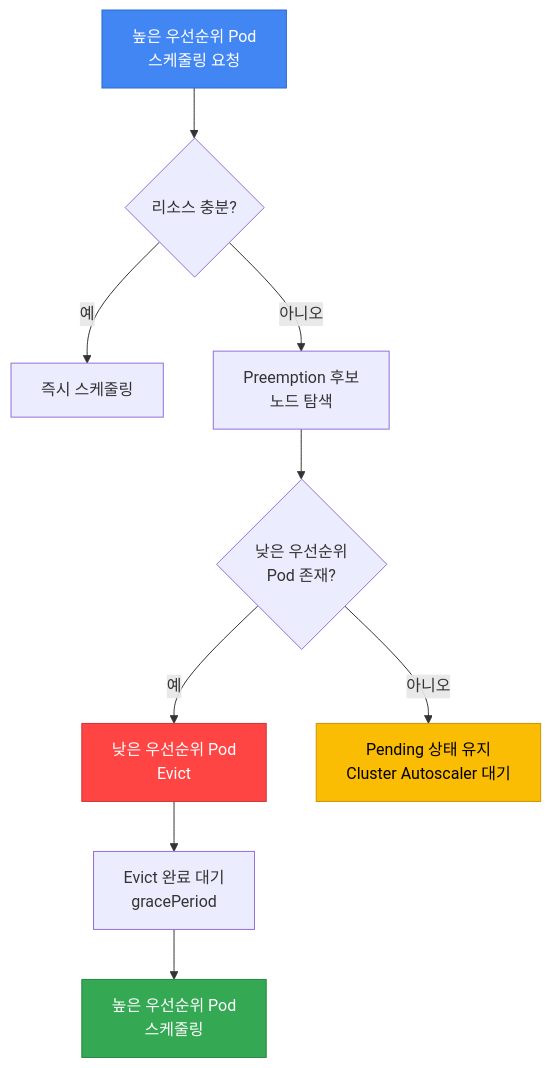
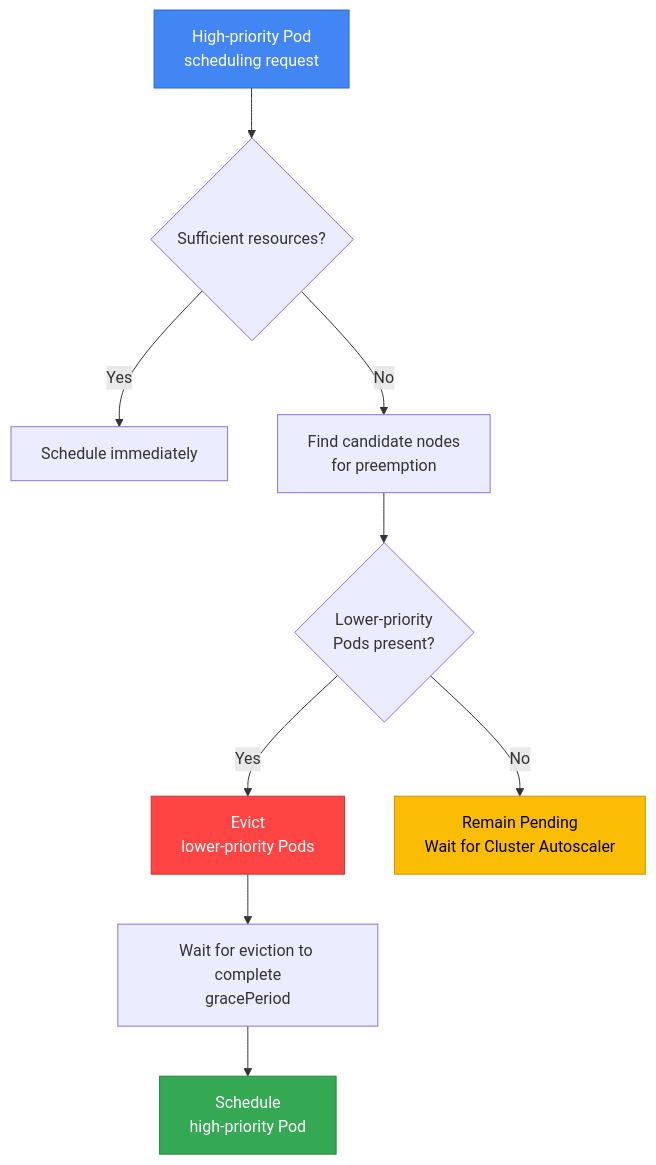
The third of 12 diagrams in docs/eks-best-practices/operations-reliability/eks-pod-scheduling-availability.md (devfloor9/engineering-playbook), drawn with Mermaid before and after one commit. The commit also changed other lines of this file and 954 other files, not shown here.

````diff
--- a/docs/eks-best-practices/operations-reliability/eks-pod-scheduling-availability.md
+++ b/docs/eks-best-practices/operations-reliability/eks-pod-scheduling-availability.md
@@ -2096,26 +2099,26 @@
 ```mermaid
 flowchart TB
-    START[높은 우선순위 Pod<br/>스케줄링 요청]
-    CHECK{리소스 충분?}
-    SCHEDULE[즉시 스케줄링]
-    FIND[Preemption 후보<br/>노드 탐색]
-    CANDIDATE{낮은 우선순위<br/>Pod 존재?}
-    EVICT[낮은 우선순위 Pod<br/>Evict]
-    WAIT[Evict 완료 대기<br/>gracePeriod]
-    BIND[높은 우선순위 Pod<br/>스케줄링]
-    PENDING[Pending 상태 유지<br/>Cluster Autoscaler 대기]
+    START[High-priority Pod<br/>scheduling request]
+    CHECK{Sufficient resources?}
+    SCHEDULE[Schedule immediately]
+    FIND[Find candidate nodes<br/>for preemption]
+    CANDIDATE{Lower-priority<br/>Pods present?}
+    EVICT[Evict<br/>lower-priority Pods]
+    WAIT[Wait for eviction to complete<br/>gracePeriod]
+    BIND[Schedule<br/>high-priority Pod]
+    PENDING[Remain Pending<br/>Wait for Cluster Autoscaler]
 
     START --> CHECK
-    CHECK -->|예| SCHEDULE
-    CHECK -->|아니오| FIND
+    CHECK -->|Yes| SCHEDULE
+    CHECK -->|No| FIND
     FIND --> CANDIDATE
-    CANDIDATE -->|예| EVICT
-    CANDIDATE -->|아니오| PENDING
+    CANDIDATE -->|Yes| EVICT
+    CANDIDATE -->|No| PENDING
     EVICT --> WAIT
     WAIT --> BIND
 
     style START fill:#4286f4,stroke:#2a6acf,color:#fff
     style EVICT fill:#ff4444,stroke:#cc3636,color:#fff
     style BIND fill:#34a853,stroke:#2a8642,color:#fff
     style PENDING fill:#fbbc04,stroke:#c99603,color:#000
 ```
````
